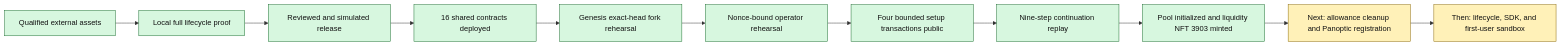
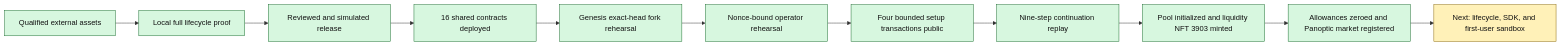
The first of 5 diagrams in docs/architecture/robinhood-testnet-system.md (vmbbz/stonkHedge), drawn with Mermaid before and after one commit. The commit also changed other lines of this file and 5 other files, not shown here.

````diff
--- a/docs/architecture/robinhood-testnet-system.md
+++ b/docs/architecture/robinhood-testnet-system.md
@@ -53,18 +58,18 @@
 ```mermaid
 flowchart LR
     A[Qualified external assets] --> B[Local full lifecycle proof]
     B --> C[Reviewed and simulated release]
     C --> D[16 shared contracts deployed]
     D --> E[Genesis exact-head fork rehearsal]
     E --> F[Nonce-bound operator rehearsal]
     F --> H[Four bounded setup transactions public]
     H --> I[Nine-step continuation replay]
     I --> J[Pool initialized and liquidity NFT 3903 minted]
-    J --> K[Next: allowance cleanup and Panoptic registration]
-    K --> G[Then: lifecycle, SDK, and first-user sandbox]
+    J --> K[Allowances zeroed and Panoptic market registered]
+    K --> G[Next: lifecycle, SDK, and first-user sandbox]
 
     classDef done fill:#d7f7df,stroke:#176b2c,color:#111;
     classDef next fill:#fff1b8,stroke:#8a6700,color:#111;
-    class A,B,C,D,E,F,H,I,J done;
-    class K,G next;
+    class A,B,C,D,E,F,H,I,J,K done;
+    class G next;
 ```
````
